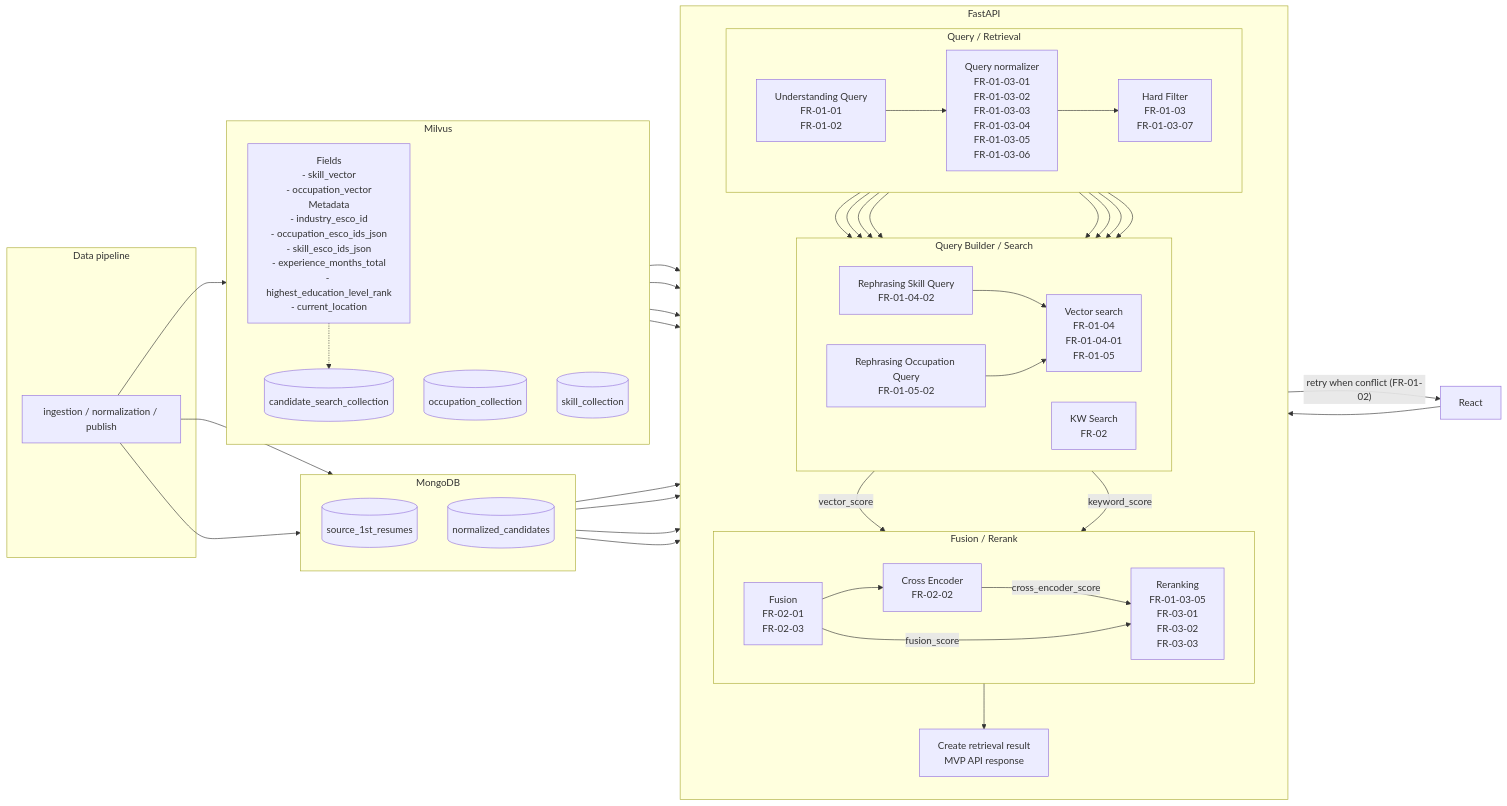
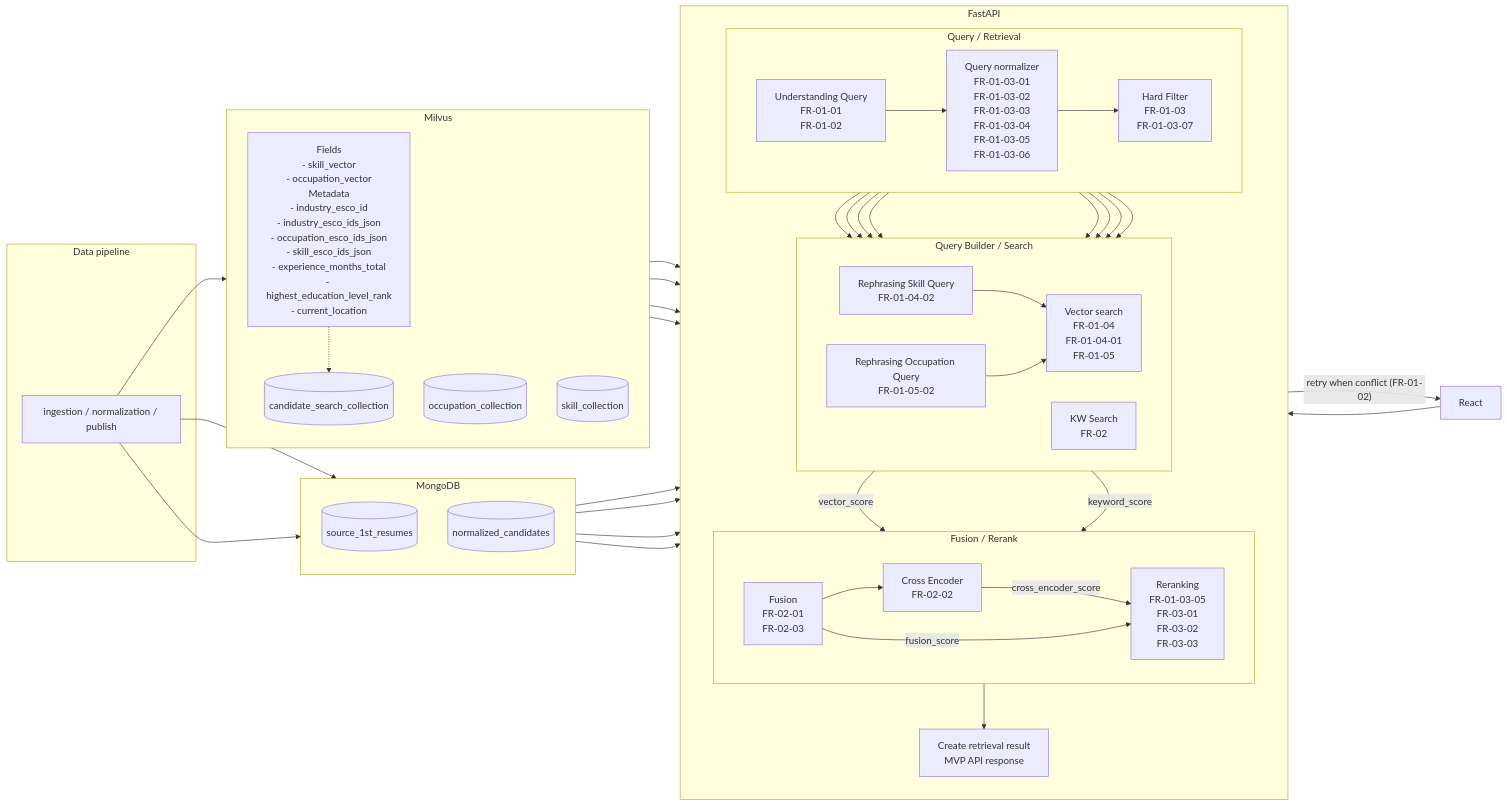
One commit to healthycarrot/prodapt-capstone changed the diagram in docs/design/Architecture-Requirements-Baseline.mmd. Above: the diagram before and after it, drawn with Mermaid. The commit also changed 52 other files, not shown here.

```diff
--- a/docs/design/Architecture-Requirements-Baseline.mmd
+++ b/docs/design/Architecture-Requirements-Baseline.mmd
@@ -1,88 +1,88 @@
 flowchart LR
   UI["React"]
 
   subgraph API["FastAPI"]
-    direction TB
+    direction TBskill_terms / occupation_terms / industry_terms / experience / educationskill_terms / occupation_terms / industry_terms / experience / education
 
     subgraph QR["Query / Retrieval"]
       direction LR
       UQ["Understanding Query<br/>FR-01-01<br/>FR-01-02"]
       QN["Query normalizer<br/>FR-01-03-01<br/>FR-01-03-02<br/>FR-01-03-03<br/>FR-01-03-04<br/>FR-01-03-05<br/>FR-01-03-06"]
       HF["Hard Filter<br/>FR-01-03<br/>FR-01-03-07"]
     end
 
     subgraph QB["Query Builder / Search"]
       direction LR
       RSQ["Rephrasing Skill Query<br/>FR-01-04-02"]
       ROQ["Rephrasing Occupation Query<br/>FR-01-05-02"]
       VS["Vector search<br/>FR-01-04<br/>FR-01-04-01<br/>FR-01-05"]
       KWS["KW Search<br/>FR-02"]
     end
 
     subgraph RANK["Fusion / Rerank"]
       direction LR
       FUS["Fusion<br/>FR-02-01<br/>FR-02-03"]
       CE["Cross Encoder<br/>FR-02-02"]
       RR["Reranking<br/>FR-01-03-05<br/>FR-03-01<br/>FR-03-02<br/>FR-03-03"]
     end
 
     OUT["Create retrieval result<br/>MVP API response"]
   end
 
   subgraph MDB["MongoDB"]
     direction TB
     SR[(source_1st_resumes)]
     NC[(normalized_candidates)]
   end
 
   subgraph MILVUS["Milvus"]
     direction TB
     CSC[(candidate_search_collection)]
     OCC[(occupation_collection)]
     SKL[(skill_collection)]
-    MDF["Fields<br/>- skill_vector<br/>- occupation_vector<br/>Metadata<br/>- industry_esco_id<br/>- occupation_esco_ids_json<br/>- skill_esco_ids_json<br/>- experience_months_total<br/>- highest_education_level_rank<br/>- current_location"]
+    MDF["Fields<br/>- skill_vector<br/>- occupation_vector<br/>Metadata<br/>- industry_esco_id<br/>- industry_esco_ids_json<br/>- occupation_esco_ids_json<br/>- skill_esco_ids_json<br/>- experience_months_total<br/>- highest_education_level_rank<br/>- current_location"]
   end
 
   subgraph DP["Data pipeline"]
     PIPE["ingestion / normalization / publish"]
   end
 
   UI --> UQ
   UQ -- "retry when conflict (FR-01-02)" --> UI
 
   UQ --> QN
   UQ --> RSQ
   UQ --> ROQ
   UQ --> KWS
 
   QN --> HF
   QN --> RSQ
   QN --> ROQ
   QN --> KWS
 
   HF --> VS
   HF --> KWS
   RSQ --> VS
   ROQ --> VS
 
   VS -- "vector_score" --> FUS
   KWS -- "keyword_score" --> FUS
   FUS --> CE
   CE -- "cross_encoder_score" --> RR
   FUS -- "fusion_score" --> RR
   RR --> OUT
 
   OCC --> QN
   SKL --> QN
   CSC --> VS
   CSC --> KWS
 
   NC --> CE
   SR --> CE
   NC --> OUT
   SR --> OUT
 
   MDF -.-> CSC
   PIPE --> SR
   PIPE --> NC
   PIPE --> CSC
```
